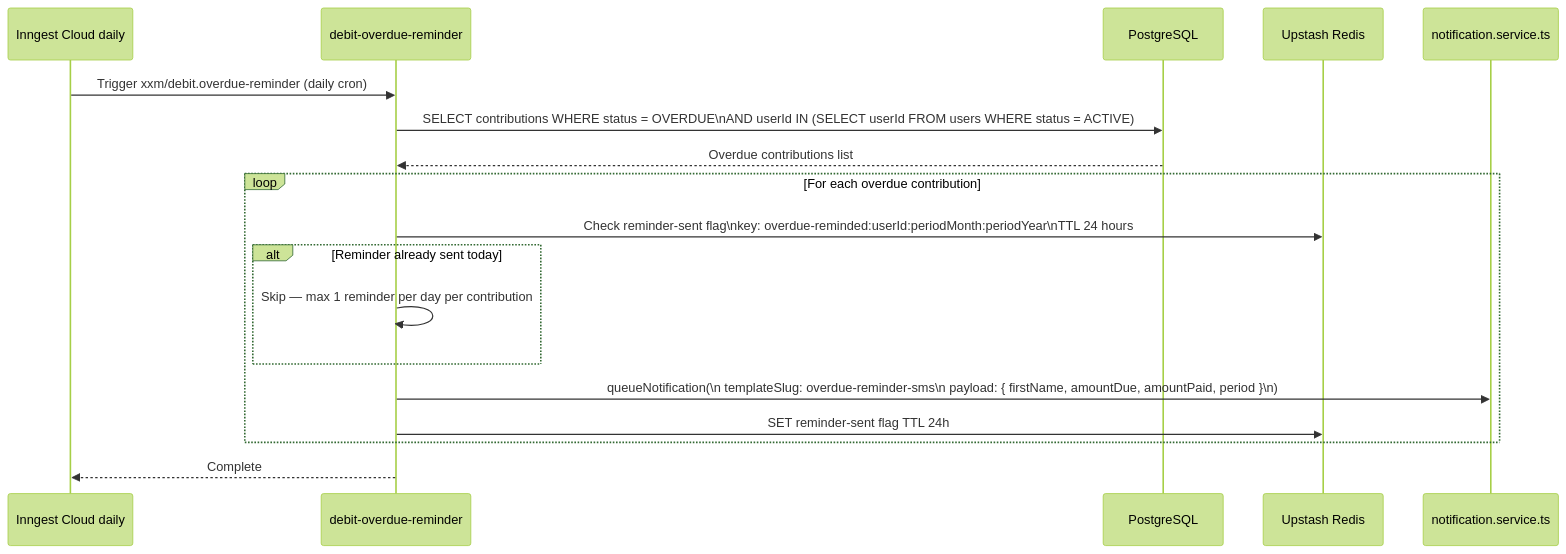
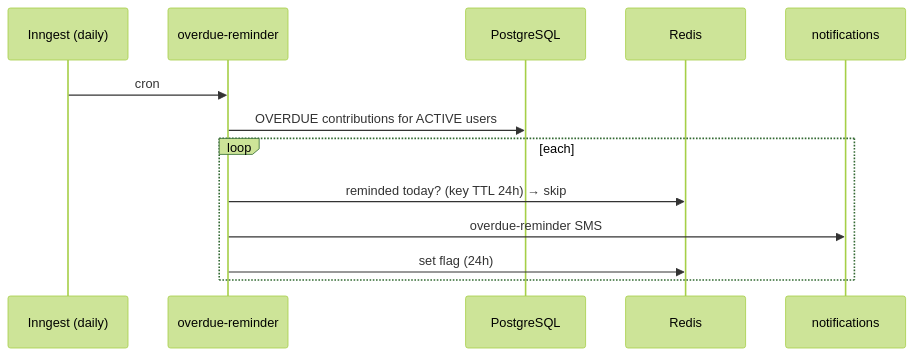
One commit to KSDRILL-SA/Xkimi-Xa-Mali changed the fourth of 4 diagrams in docs/flows/03-contribution-lifecycle.md. Above: the diagram before and after it, drawn with Mermaid (forest theme). The commit also changed other lines of this file and 4 other files, not shown here.

First line of the commit message:
docs: tighten flow diagrams and correct stale framing (#190)

````diff
--- a/docs/flows/03-contribution-lifecycle.md
+++ b/docs/flows/03-contribution-lifecycle.md
@@ -122,23 +66,16 @@
 ```mermaid
 sequenceDiagram
-    participant IC as Inngest Cloud daily
-    participant JOB as debit-overdue-reminder
+    participant IC as Inngest (daily)
+    participant JOB as overdue-reminder
     participant DB as PostgreSQL
-    participant REDIS as Upstash Redis
-    participant NOTIF as notification.service.ts
+    participant RD as Redis
+    participant N as notifications
 
-    IC->>JOB: Trigger xxm/debit.overdue-reminder (daily cron)
-    JOB->>DB: SELECT contributions WHERE status = OVERDUE\nAND userId IN (SELECT userId FROM users WHERE status = ACTIVE)
-    DB-->>JOB: Overdue contributions list
-
-    loop For each overdue contribution
-        JOB->>REDIS: Check reminder-sent flag\nkey: overdue-reminded:userId:periodMonth:periodYear\nTTL 24 hours
-        alt Reminder already sent today
-            JOB->>JOB: Skip — max 1 reminder per day per contribution
-        end
-        JOB->>NOTIF: queueNotification(\n  templateSlug: overdue-reminder-sms\n  payload: { firstName, amountDue, amountPaid, period }\n)
-        JOB->>REDIS: SET reminder-sent flag TTL 24h
+    IC->>JOB: cron
+    JOB->>DB: OVERDUE contributions for ACTIVE users
+    loop each
+        JOB->>RD: reminded today? (key TTL 24h) → skip
+        JOB->>N: overdue-reminder SMS
+        JOB->>RD: set flag (24h)
     end
-
-    JOB-->>IC: Complete
 ```
````
